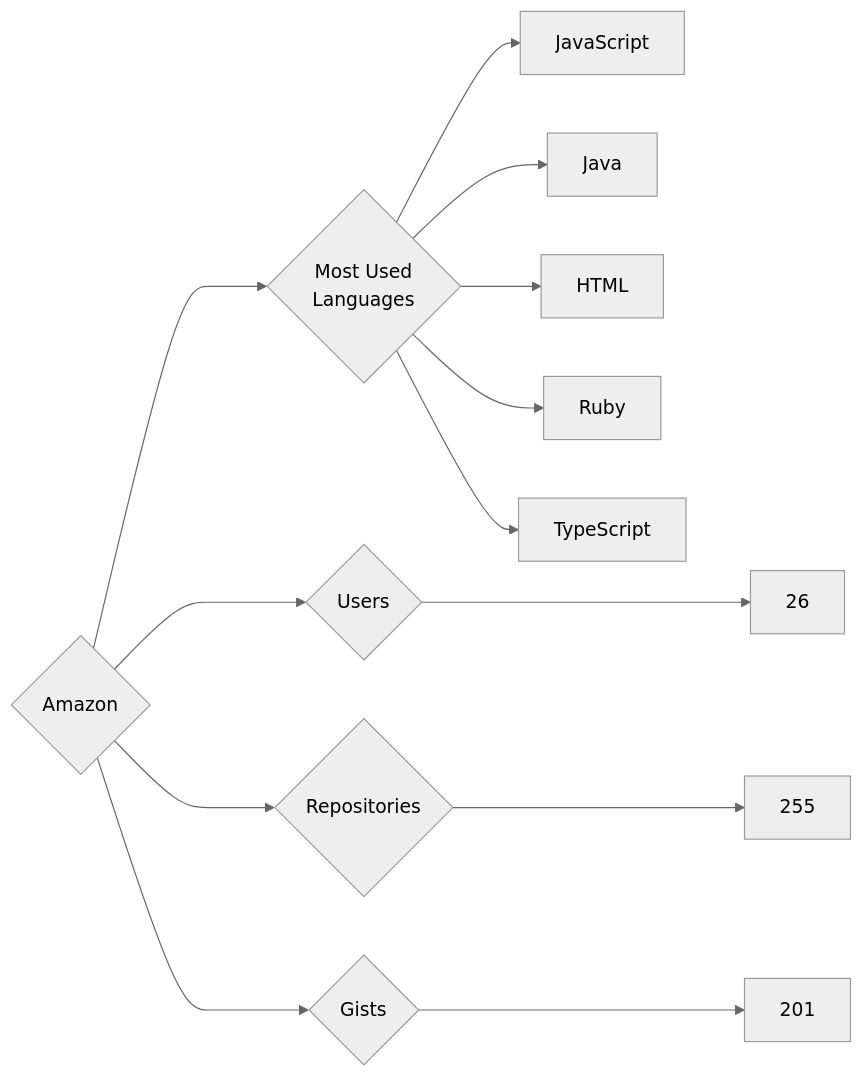
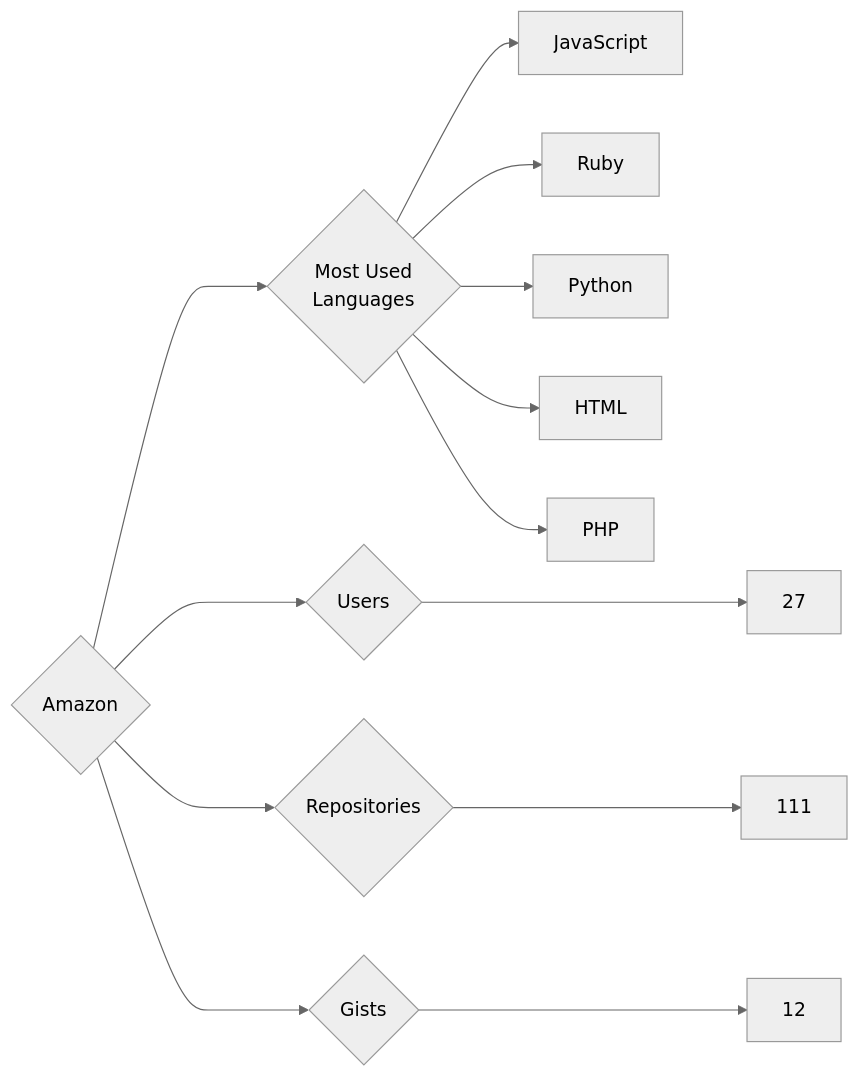
Before and after one commit to trickest/insiders: the diagram in targets/Amazon/README.md, drawn with Mermaid (neutral theme). The commit also changed 935 other files, not shown here.

````diff
--- a/targets/Amazon/README.md
+++ b/targets/Amazon/README.md
@@ -3,13 +3,13 @@
 ```mermaid
 graph LR
 COMPANY_NAME{Amazon}
-COMPANY_NAME ---> U{Users} ---> UN[26]
-COMPANY_NAME ---> R{Repositories} ---> RN[255]
-COMPANY_NAME ---> G{Gists} ---> GN[201]
+COMPANY_NAME ---> U{Users} ---> UN[27]
+COMPANY_NAME ---> R{Repositories} ---> RN[111]
+COMPANY_NAME ---> G{Gists} ---> GN[12]
 COMPANY_NAME ---> ML{Most Used<br>Languages}
 ML --> JavaScript[JavaScript]
-ML --> Java[Java]
+ML --> Ruby[Ruby]
+ML --> Python[Python]
 ML --> HTML[HTML]
-ML --> Ruby[Ruby]
-ML --> TypeScript[TypeScript]
+ML --> PHP[PHP]
 ```
````
